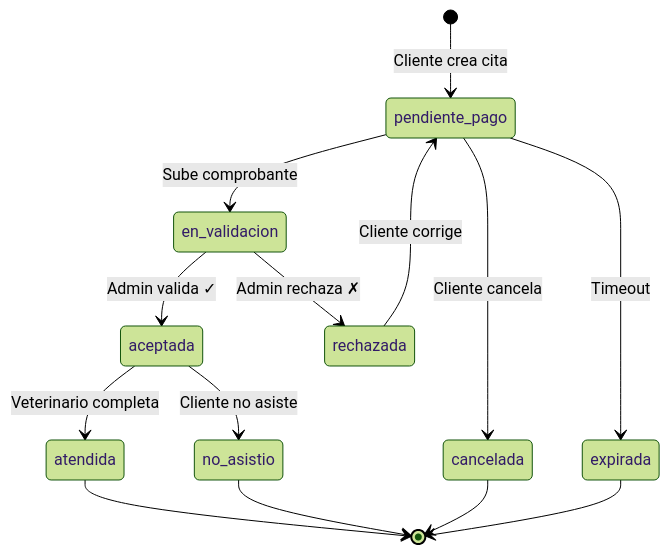
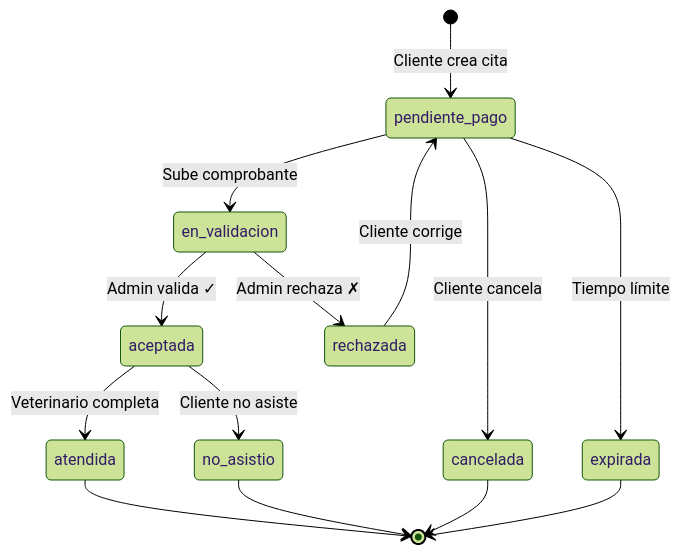
Before and after one commit to AnalizaJech/PetLA-Front: the fifth of 5 diagrams in README.md, drawn with Mermaid (forest theme). The commit also changed other lines of this file, not shown here.

````diff
--- a/README.md
+++ b/README.md
@@ -987,17 +358,17 @@
 ```mermaid
 stateDiagram-v2
     [*] --> pendiente_pago : Cliente crea cita
     pendiente_pago --> en_validacion : Sube comprobante
     en_validacion --> aceptada : Admin valida ✓
     en_validacion --> rechazada : Admin rechaza ✗
     aceptada --> atendida : Veterinario completa
     aceptada --> no_asistio : Cliente no asiste
     rechazada --> pendiente_pago : Cliente corrige
     pendiente_pago --> cancelada : Cliente cancela
-    pendiente_pago --> expirada : Timeout
-
+    pendiente_pago --> expirada : Tiempo límite
+    
     atendida --> [*]
     no_asistio --> [*]
     cancelada --> [*]
     expirada --> [*]
 ```
````
